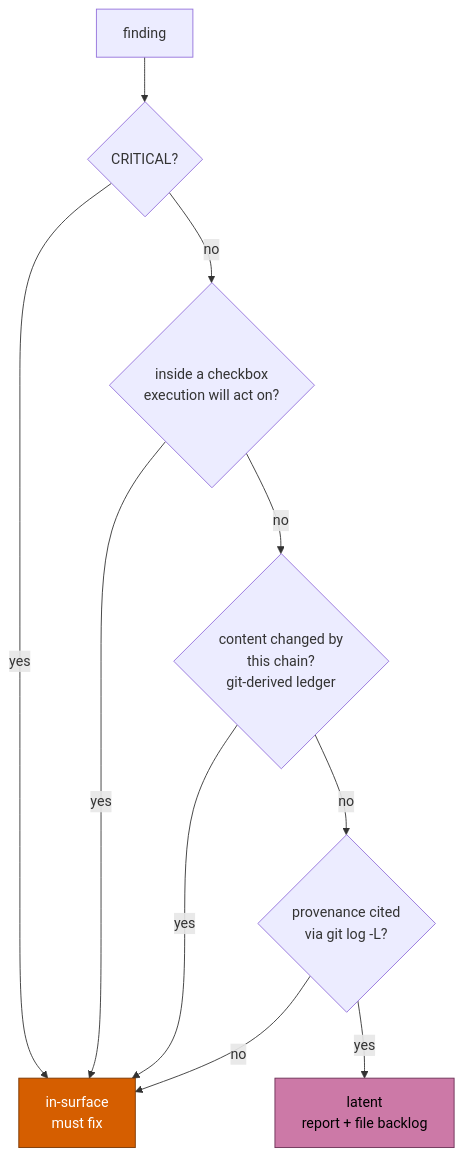
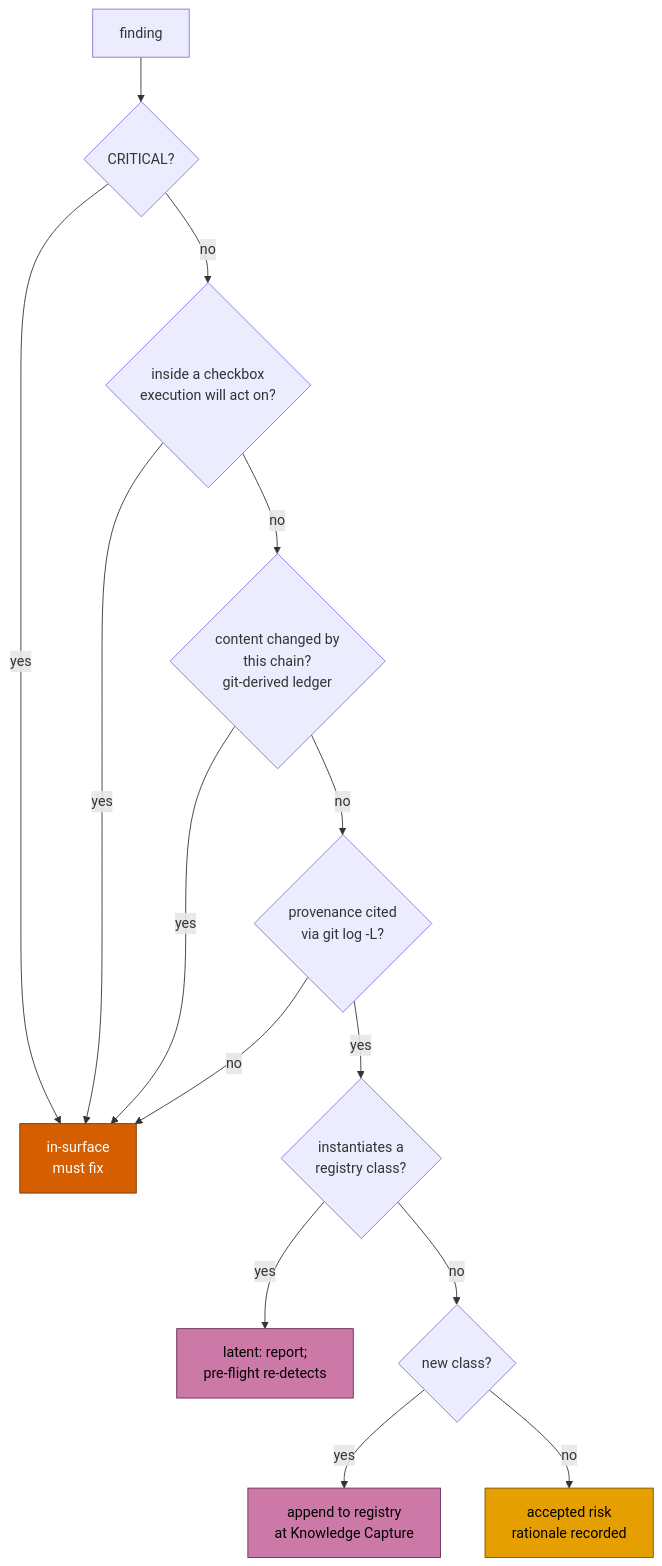
Before and after one commit to wahidyankf/baseerah: the fourth of 7 diagrams in plans/backlog/2026-07-20__plan-quality-gate-convergence/tech-docs.md, drawn with Mermaid. The commit also changed other lines of this file and 11 other files, not shown here.

````diff
--- a/plans/backlog/2026-07-20__plan-quality-gate-convergence/tech-docs.md
+++ b/plans/backlog/2026-07-20__plan-quality-gate-convergence/tech-docs.md
@@ -76,16 +93,22 @@
 ```mermaid
 %% How a finding is partitioned — the anti-loophole path is explicit
 flowchart TD
   F[finding] --> G{CRITICAL?}
   G -- yes --> IS[in-surface<br/>must fix]
   G -- no --> H{inside a checkbox<br/>execution will act on?}
   H -- yes --> IS
   H -- no --> I{content changed by<br/>this chain?<br/>git-derived ledger}
   I -- yes --> IS
   I -- no --> J{provenance cited<br/>via git log -L?}
   J -- no --> IS
-  J -- yes --> L[latent<br/>report + file backlog]
+  J -- yes --> K{instantiates a<br/>registry class?}
+  K -- yes --> L[latent: report;<br/>pre-flight re-detects]
+  K -- no --> M{new class?}
+  M -- yes --> N[append to registry<br/>at Knowledge Capture]
+  M -- no --> O[accepted risk<br/>rationale recorded]
 
   style IS fill:#D55E00,stroke:#7A3600,color:#FFFFFF
   style L fill:#CC79A7,stroke:#6B2F55,color:#000000
+  style N fill:#CC79A7,stroke:#6B2F55,color:#000000
+  style O fill:#E69F00,stroke:#7A5200,color:#000000
 ```
````
